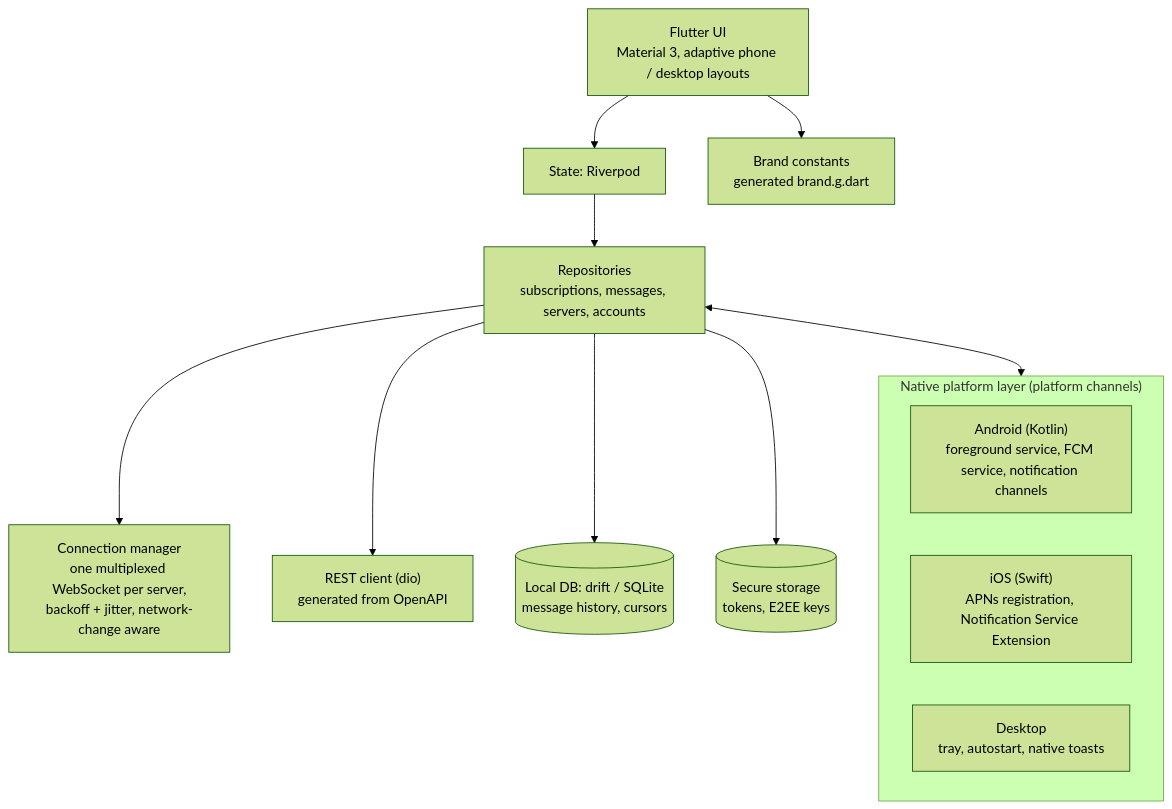
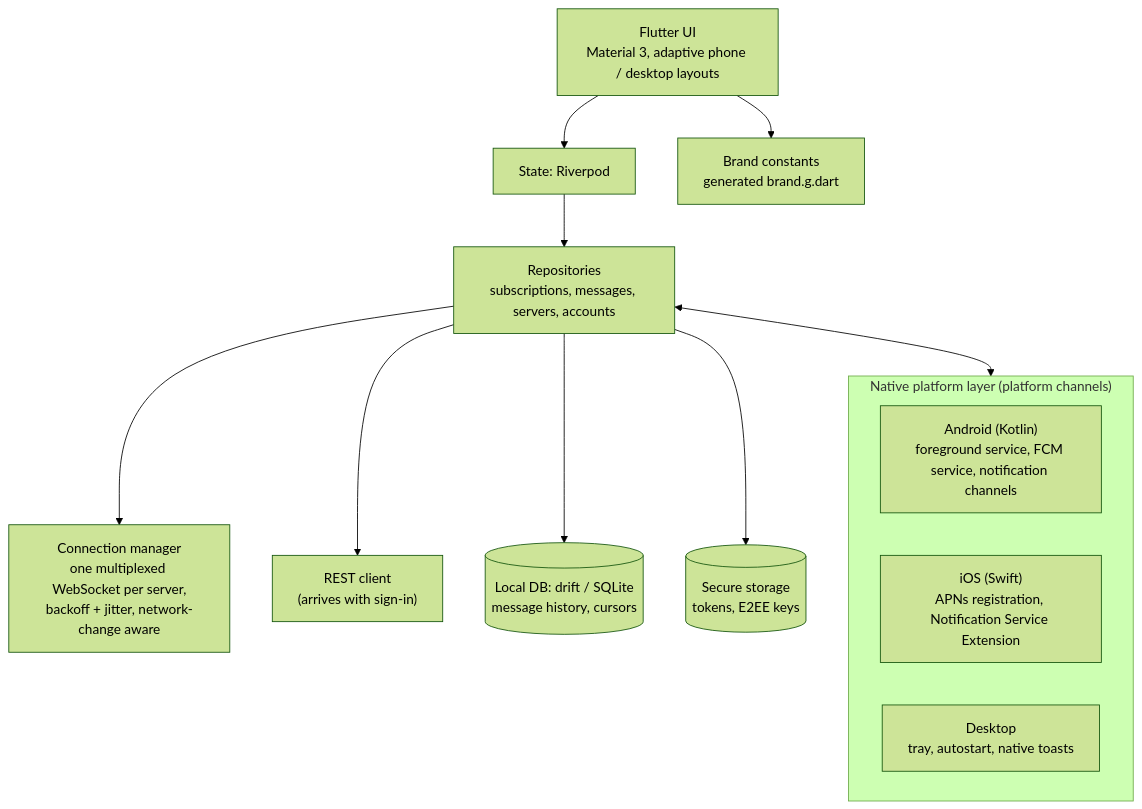
Before and after one commit to vignesh-ramsh/flare: the fifth of 6 diagrams in docs/ARCHITECTURE.md, drawn with Mermaid (forest theme). The commit also changed other lines of this file and 35 other files, not shown here.

````diff
--- a/docs/ARCHITECTURE.md
+++ b/docs/ARCHITECTURE.md
@@ -583,25 +583,25 @@
 ```mermaid
 flowchart TB
   UI["Flutter UI<br/>Material 3, adaptive phone / desktop layouts"]
   STATE["State: Riverpod"]
   REPO["Repositories<br/>subscriptions, messages, servers, accounts"]
   CONN["Connection manager<br/>one multiplexed WebSocket per server,<br/>backoff + jitter, network-change aware"]
-  REST["REST client (dio)<br/>generated from OpenAPI"]
+  REST["REST client<br/>(arrives with sign-in)"]
   LDB[("Local DB: drift / SQLite<br/>message history, cursors")]
   SEC[("Secure storage<br/>tokens, E2EE keys")]
   BRAND["Brand constants<br/>generated brand.g.dart"]
 
   subgraph Native["Native platform layer (platform channels)"]
     ANDN["Android (Kotlin)<br/>foreground service, FCM service, notification channels"]
     IOSN["iOS (Swift)<br/>APNs registration, Notification Service Extension"]
     DESKN["Desktop<br/>tray, autostart, native toasts"]
   end
 
   UI --> STATE --> REPO
   UI --> BRAND
   REPO --> CONN
   REPO --> REST
   REPO --> LDB
   REPO --> SEC
   REPO <--> Native
 ```
````
